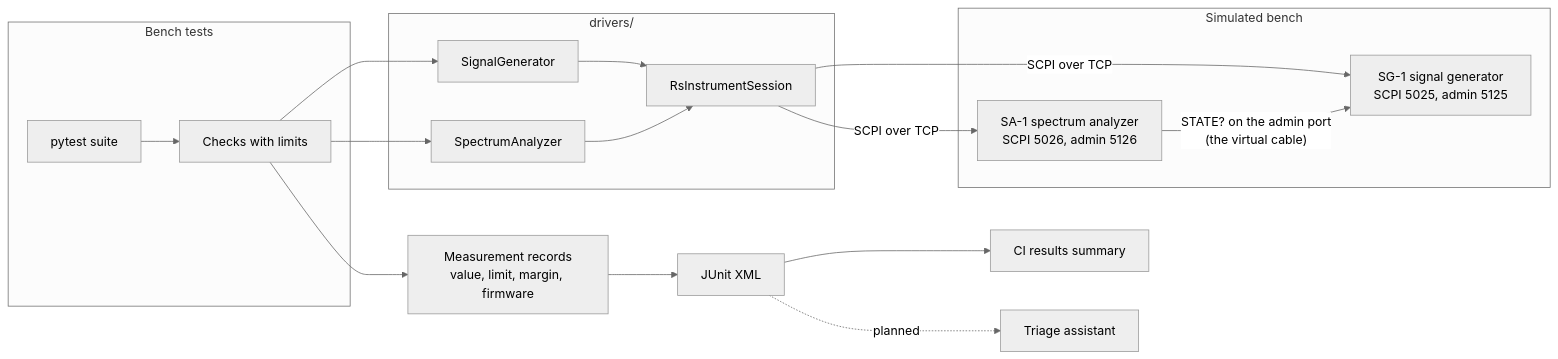
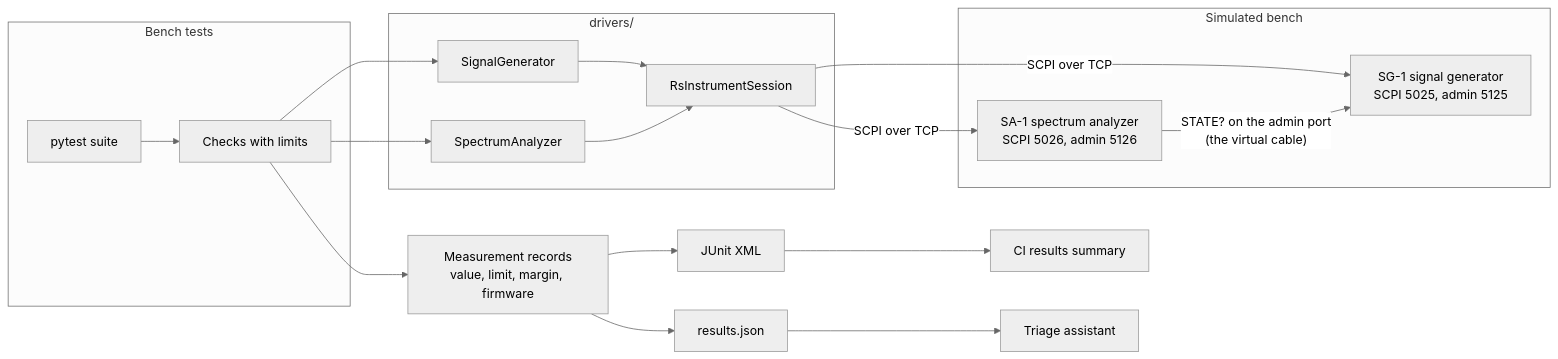
The first of 6 diagrams in docs/ARCHITECTURE.md (kaustubhagarwal18/virtual-rf-testbench), drawn with Mermaid (neutral theme) before and after one commit. The commit also changed other lines of this file and 295 other files, not shown here.

````diff
--- a/docs/ARCHITECTURE.md
+++ b/docs/ARCHITECTURE.md
@@ -9,24 +9,25 @@
 ```mermaid
 flowchart LR
     subgraph tests[Bench tests]
         suite[pytest suite] --> checks[Checks with limits]
     end
     subgraph drivers[drivers/]
         sg_driver[SignalGenerator]
         sa_driver[SpectrumAnalyzer]
         session[RsInstrumentSession]
     end
     subgraph bench[Simulated bench]
         generator[SG-1 signal generator<br/>SCPI 5025, admin 5125]
         analyzer[SA-1 spectrum analyzer<br/>SCPI 5026, admin 5126]
     end
     checks --> sg_driver & sa_driver
     sg_driver & sa_driver --> session
     session -->|SCPI over TCP| generator
     session -->|SCPI over TCP| analyzer
     analyzer -->|"STATE? on the admin port<br/>(the virtual cable)"| generator
     checks --> records[Measurement records<br/>value, limit, margin, firmware]
     records --> junit[JUnit XML]
     junit --> summary[CI results summary]
-    junit -.->|planned| triage[Triage assistant]
+    records --> results[results.json]
+    results --> triage[Triage assistant]
 ```
````
